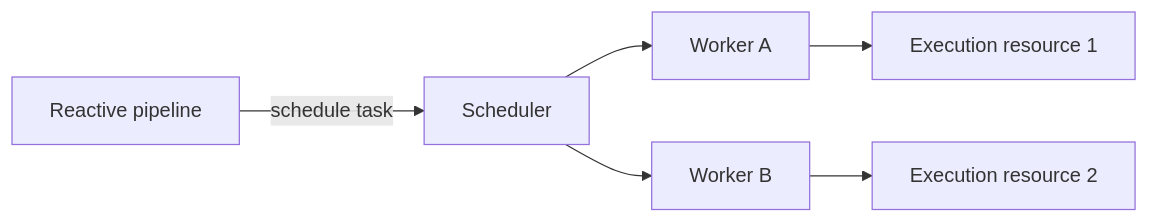
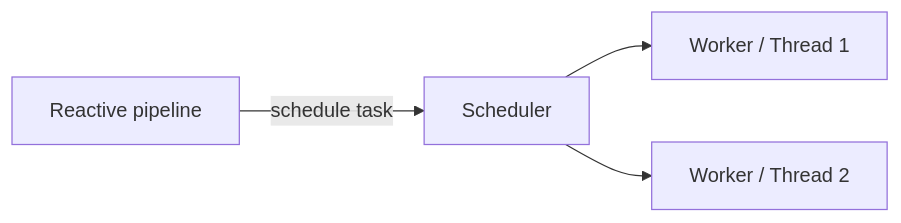
One commit to omarakkulov/reactive-learning changed the fourth of 5 diagrams in src/main/java/com/akkulov/reactive_learning/modules/V6_threads_schedulers_practice/full-plan.md. Above: the diagram before and after it, drawn with Mermaid. The commit also changed other lines of this file and 4 other files, not shown here.

````diff
--- a/src/main/java/com/akkulov/reactive_learning/modules/V6_threads_schedulers_practice/full-plan.md
+++ b/src/main/java/com/akkulov/reactive_learning/modules/V6_threads_schedulers_practice/full-plan.md
@@ -344,8 +199,6 @@
 ```mermaid
 flowchart LR
-    Pipeline["Reactive pipeline"] -->|" schedule task "| Scheduler
-    Scheduler --> WA["Worker A"]
-    Scheduler --> WB["Worker B"]
-    WA --> E1["Execution resource 1"]
-    WB --> E2["Execution resource 2"]
+    P["Reactive pipeline"] -->|" schedule task "| S["Scheduler"]
+    S --> W1["Worker / Thread 1"]
+    S --> W2["Worker / Thread 2"]
 ```
````
